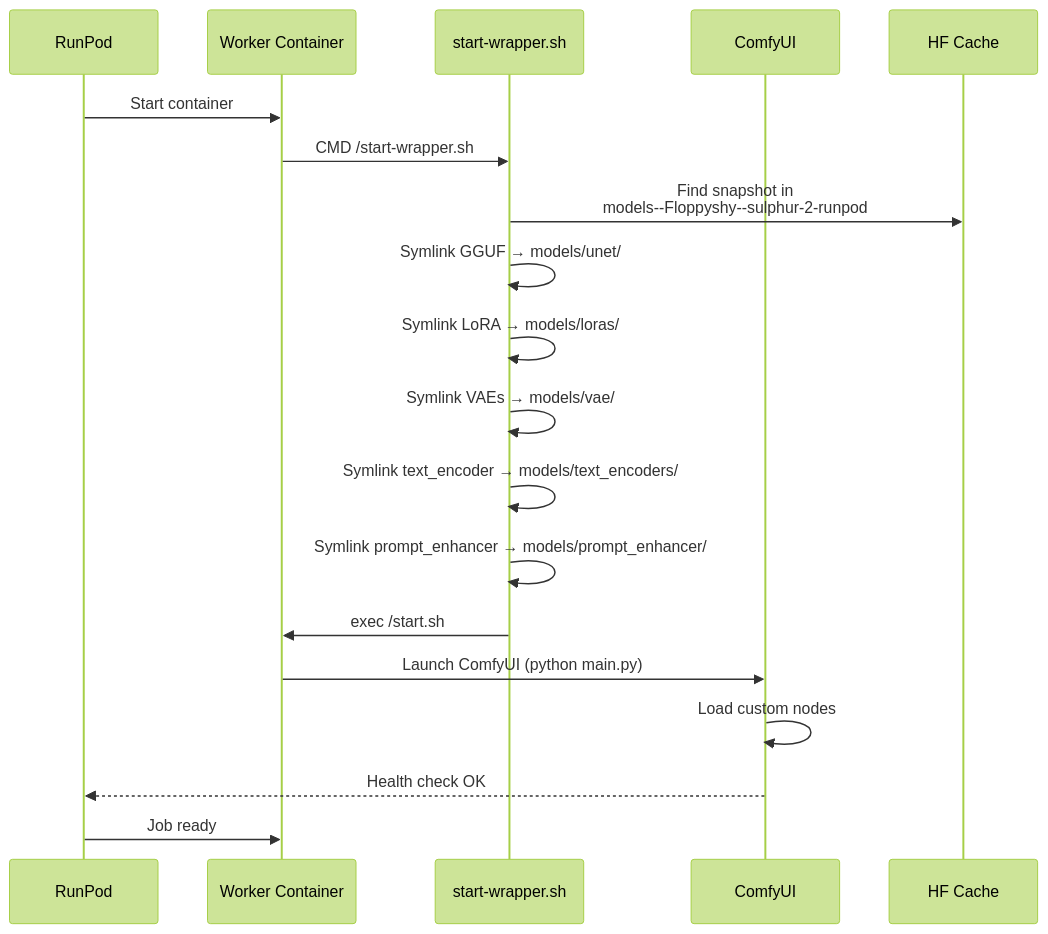
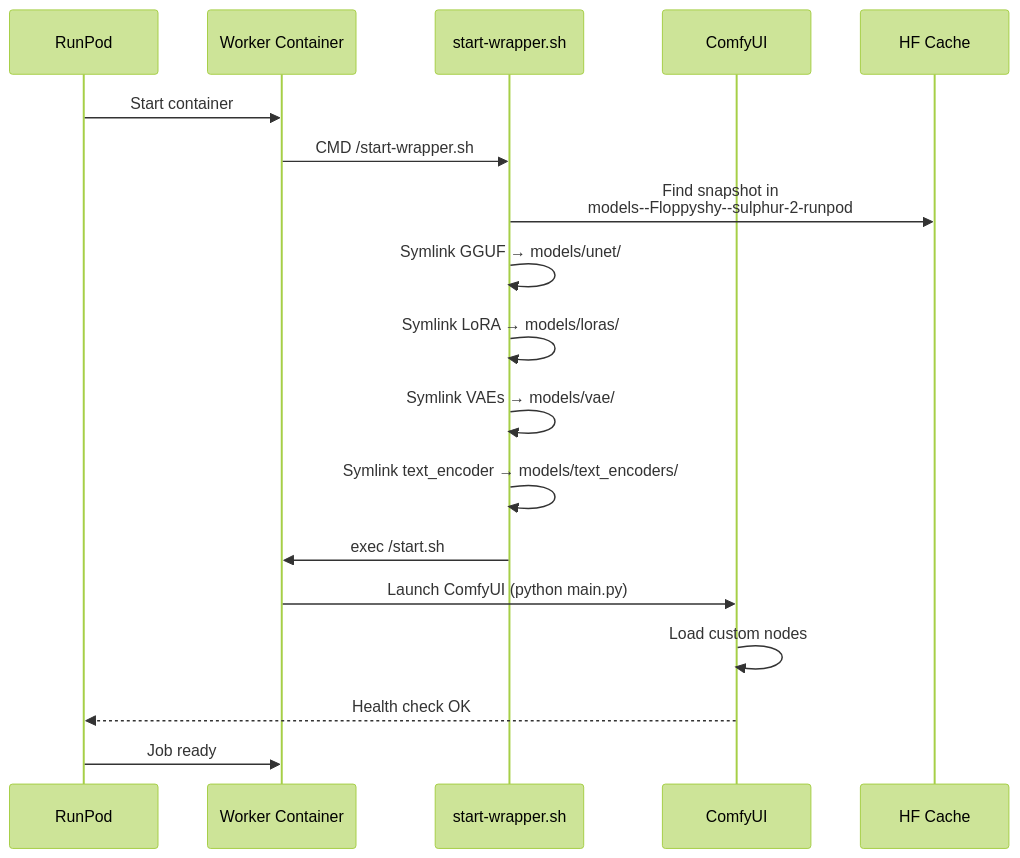
One commit to floppyshy-byte/sulphur-runpod-build changed the second of 5 diagrams in WORKFLOW.md. Above: the diagram before and after it, drawn with Mermaid (forest theme). The commit also changed other lines of this file and 9 other files, not shown here.

````diff
--- a/WORKFLOW.md
+++ b/WORKFLOW.md
@@ -39,22 +39,21 @@
 ```mermaid
 sequenceDiagram
     participant R as RunPod
     participant W as Worker Container
     participant S as start-wrapper.sh
     participant C as ComfyUI
     participant H as HF Cache
 
     R->>W: Start container
     W->>S: CMD /start-wrapper.sh
     S->>H: Find snapshot in<br/>models--Floppyshy--sulphur-2-runpod
     S->>S: Symlink GGUF → models/unet/
     S->>S: Symlink LoRA → models/loras/
     S->>S: Symlink VAEs → models/vae/
     S->>S: Symlink text_encoder → models/text_encoders/
-    S->>S: Symlink prompt_enhancer → models/prompt_enhancer/
     S->>W: exec /start.sh
     W->>C: Launch ComfyUI (python main.py)
     C->>C: Load custom nodes
     C-->>R: Health check OK
     R->>W: Job ready
 ```
````
